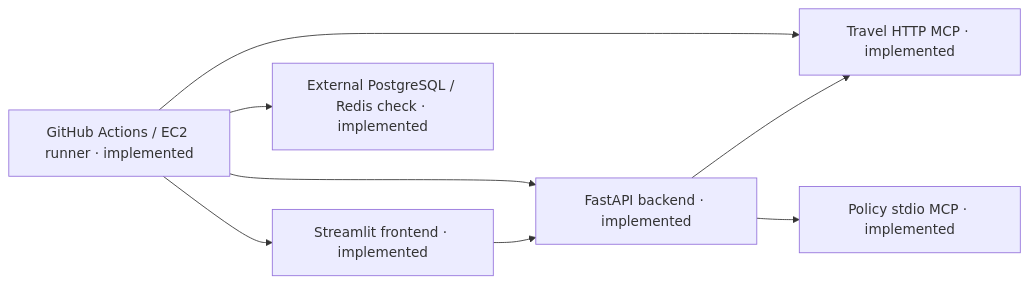
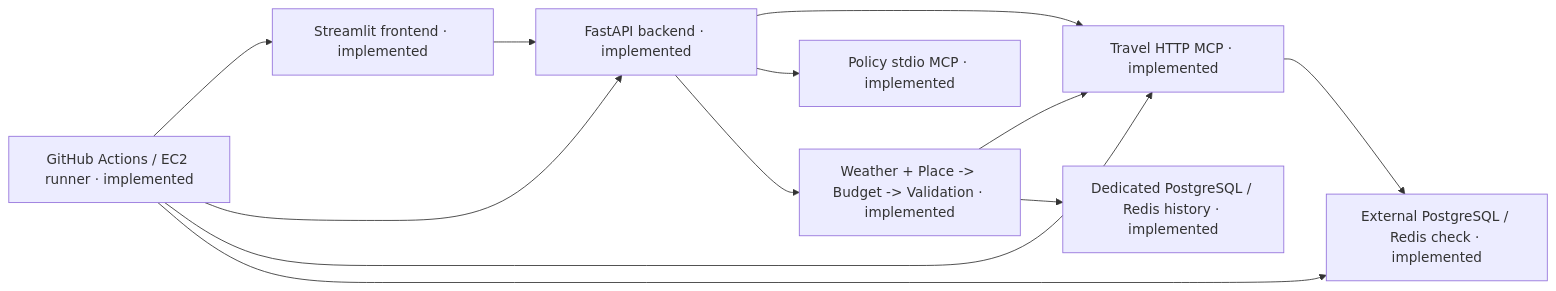
One commit to Lui02372/mini_agent_03_mcp changed the diagram in docs/codevisualization/architecture.mmd. Above: the diagram before and after it, drawn with Mermaid. The commit also changed 30 other files, not shown here.

```diff
--- a/docs/codevisualization/architecture.mmd
+++ b/docs/codevisualization/architecture.mmd
@@ -1,14 +1,20 @@
 flowchart LR
  a0["Streamlit frontend · implemented"]
  a1["FastAPI backend · implemented"]
  a2["Travel HTTP MCP · implemented"]
  a3["Policy stdio MCP · implemented"]
  a4["GitHub Actions / EC2 runner · implemented"]
  a5["External PostgreSQL / Redis check · implemented"]
+ a6["Weather + Place -> Budget -> Validation · implemented"]
+ a7["Dedicated PostgreSQL / Redis history · implemented"]
  a0 --> a1
  a1 --> a2
  a1 --> a3
  a4 --> a0
  a4 --> a1
  a4 --> a2
  a4 --> a5
+ a1 --> a6
+ a6 --> a2
+ a2 --> a5
+ a6 --> a7
```
